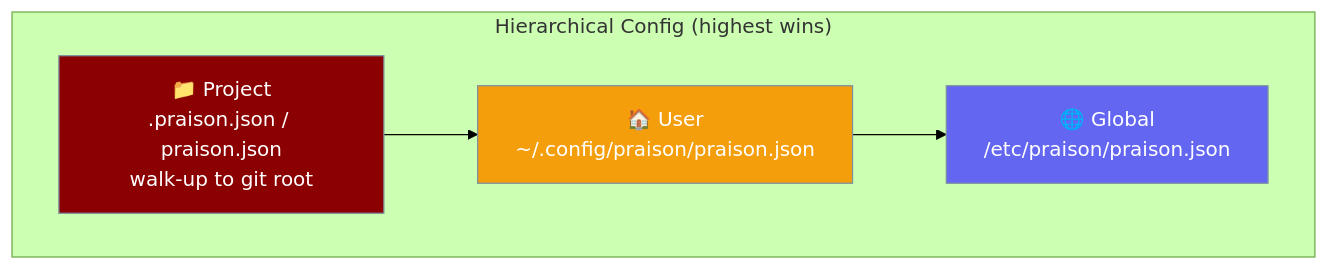
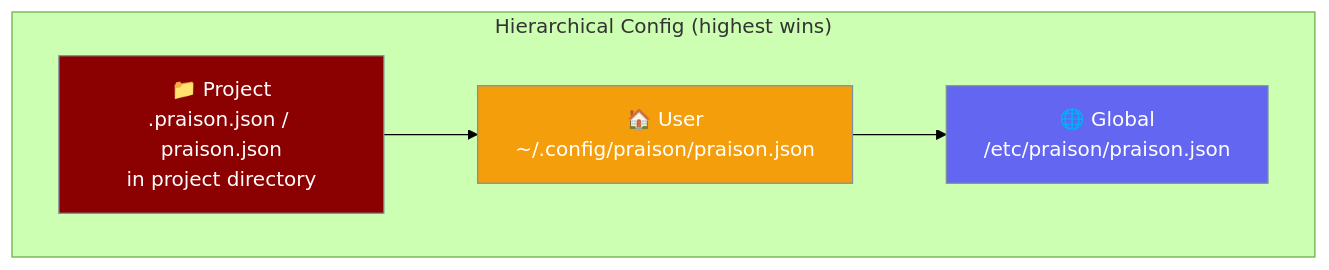
One commit to MervinPraison/PraisonAIDocs changed the first of 2 diagrams in docs/features/hierarchical-config.mdx. Above: the diagram before and after it, drawn with Mermaid (forest theme). The commit also changed other lines of this file and 1 other file, not shown here.

First line of the commit message:
docs: fix hierarchical-config to match actual SDK (no walk_up param)

````diff
--- a/docs/features/hierarchical-config.mdx
+++ b/docs/features/hierarchical-config.mdx
@@ -10,15 +10,15 @@
 ```mermaid
 graph TB
     subgraph "Hierarchical Config (highest wins)"
-        PROJ["📁 Project<br/>.praison.json / praison.json<br/>walk-up to git root"] --> USER["🏠 User<br/>~/.config/praison/praison.json"]
+        PROJ["📁 Project<br/>.praison.json / praison.json<br/>in project directory"] --> USER["🏠 User<br/>~/.config/praison/praison.json"]
         USER --> GLOB["🌐 Global<br/>/etc/praison/praison.json"]
     end
 
     classDef high fill:#8B0000,stroke:#7C90A0,color:#fff
     classDef mid fill:#F59E0B,stroke:#7C90A0,color:#fff
     classDef low fill:#6366F1,stroke:#7C90A0,color:#fff
 
     class PROJ high
     class USER mid
     class GLOB low
 ```
````
